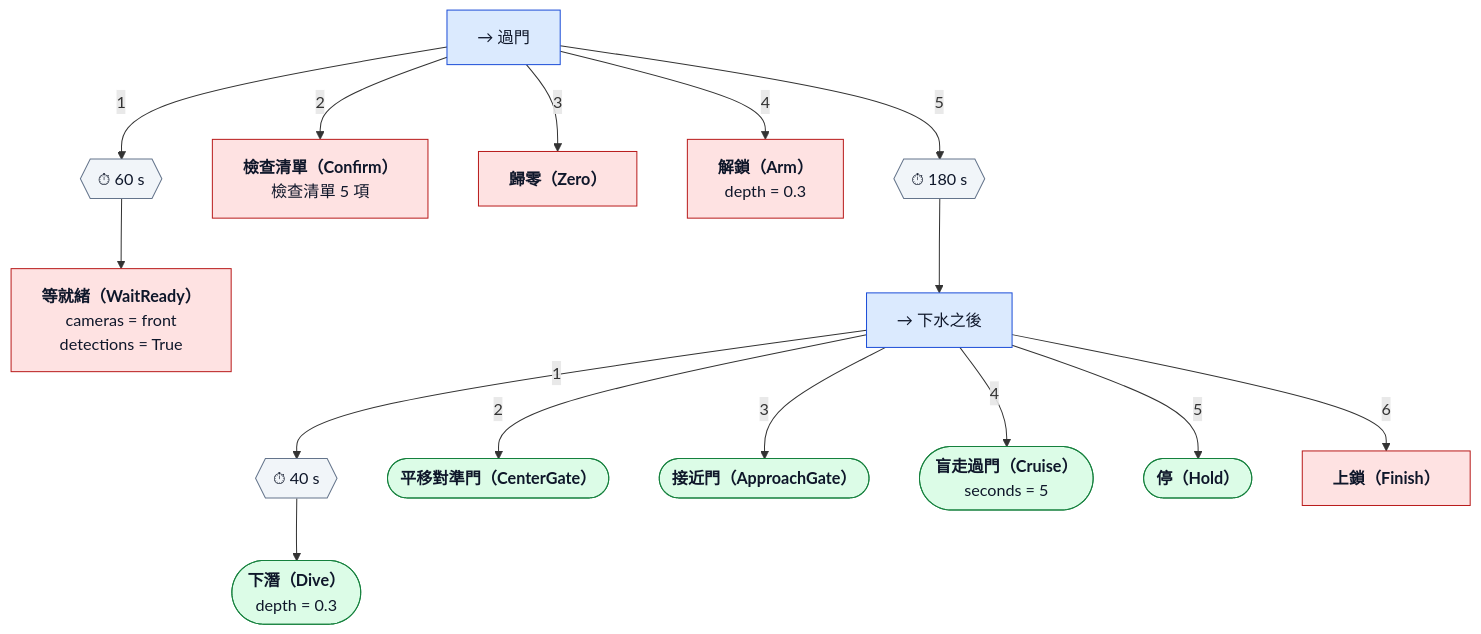
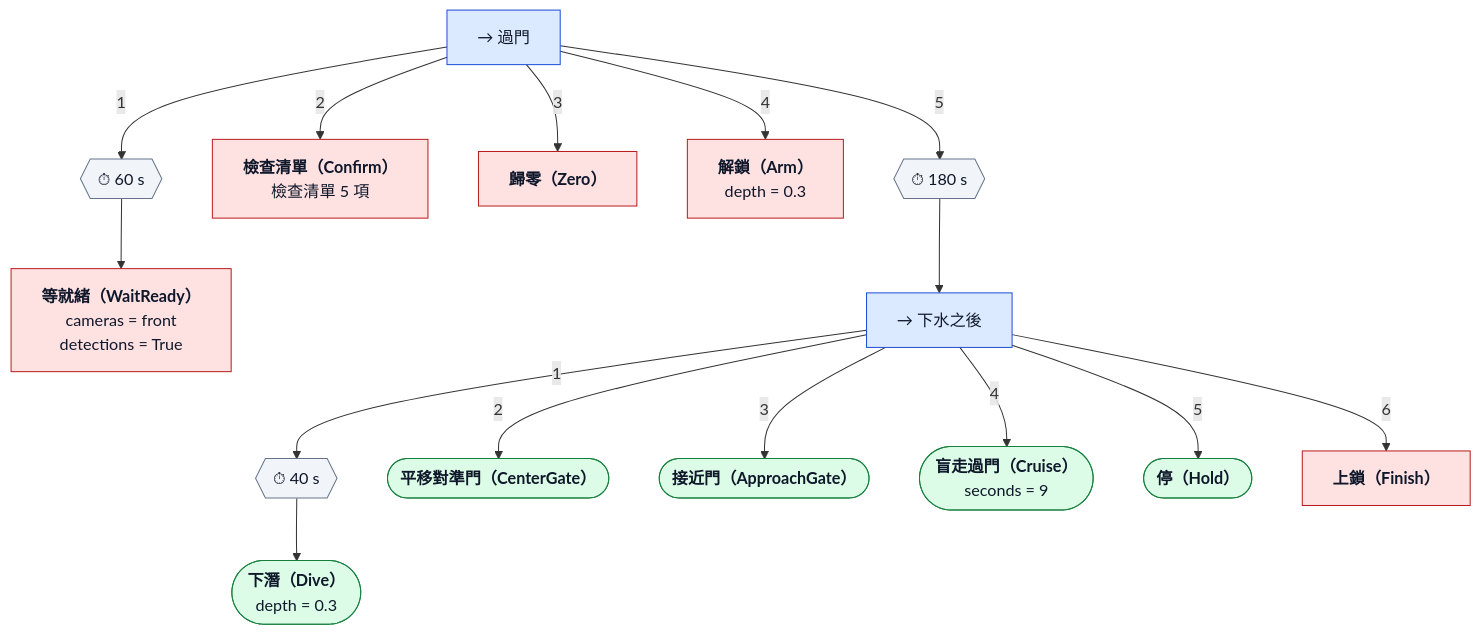
The diagram in src/orca_mission/trees/gate_pass.md (NCTU-AUV/orca), drawn with Mermaid before and after one commit. The commit also changed other lines of this file and 1 other file, not shown here.

Commit message:
feat(mission): 過門盲走時間預設改為 9 秒
- gate_pass.yaml：pass_s 5 → 9；重新產生 gate_pass.md

````diff
--- a/src/orca_mission/trees/gate_pass.md
+++ b/src/orca_mission/trees/gate_pass.md
@@ -17,39 +17,39 @@
 ```mermaid
 flowchart TD
   n0["→ 過門"]:::seq
   n1{{"⏱ 60 s"}}:::dec
   n0 -->|1| n1
   n2["<b>等就緒（WaitReady）</b><br/>cameras = front<br/>detections = True"]:::mission
   n1 --> n2
   n3["<b>檢查清單（Confirm）</b><br/>檢查清單 5 項"]:::mission
   n0 -->|2| n3
   n4["<b>歸零（Zero）</b>"]:::mission
   n0 -->|3| n4
   n5["<b>解鎖（Arm）</b><br/>depth = 0.3"]:::mission
   n0 -->|4| n5
   n6{{"⏱ 180 s"}}:::dec
   n0 -->|5| n6
   n7["→ 下水之後"]:::seq
   n6 --> n7
   n8{{"⏱ 40 s"}}:::dec
   n7 -->|1| n8
   n9(["<b>下潛（Dive）</b><br/>depth = 0.3"]):::task
   n8 --> n9
   n10(["<b>平移對準門（CenterGate）</b>"]):::task
   n7 -->|2| n10
   n11(["<b>接近門（ApproachGate）</b>"]):::task
   n7 -->|3| n11
-  n12(["<b>盲走過門（Cruise）</b><br/>seconds = 5"]):::task
+  n12(["<b>盲走過門（Cruise）</b><br/>seconds = 9"]):::task
   n7 -->|4| n12
   n13(["<b>停（Hold）</b>"]):::task
   n7 -->|5| n13
   n14["<b>上鎖（Finish）</b>"]:::mission
   n7 -->|6| n14
   classDef seq fill:#dbeafe,stroke:#1d4ed8,color:#0f172a
   classDef sel fill:#fef3c7,stroke:#b45309,color:#0f172a
   classDef par fill:#ede9fe,stroke:#6d28d9,color:#0f172a
   classDef dec fill:#f1f5f9,stroke:#64748b,color:#0f172a
   classDef task fill:#dcfce7,stroke:#15803d,color:#0f172a
   classDef mission fill:#fee2e2,stroke:#b91c1c,color:#0f172a
   classDef cond fill:#fff,stroke:#0f172a,color:#0f172a
 ```
````
